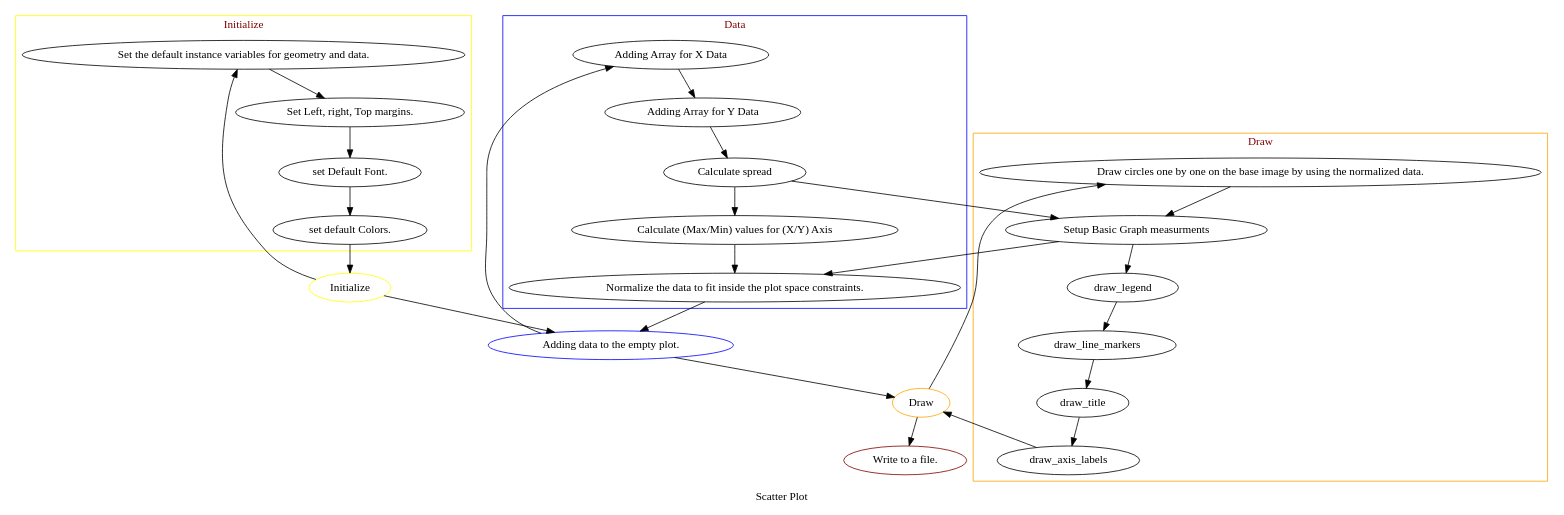
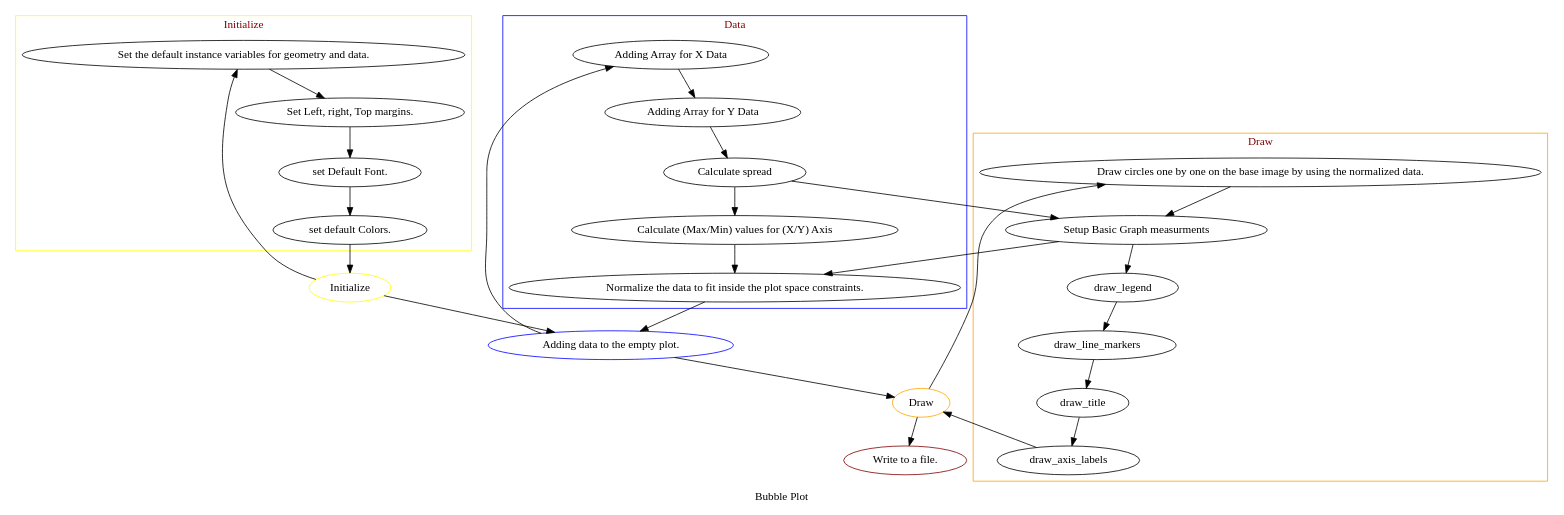
Before and after one commit to Arafatk/hagura: the diagram in images/scatter.dot, drawn with Graphviz. The commit also changed 1 other file, not shown here.

```diff
--- a/images/scatter.dot
+++ b/images/scatter.dot
@@ -1,66 +1,66 @@
 digraph G{
-  label="Scatter Plot";
+  label="Bubble Plot";
   bgcolor=white;
   0[label="Initialize"];
   0->1;
   0->8;
 
     subgraph cluster_0 {
     label="Initialize"
      fontcolor="maroon"
     color="yellow"
     1[label="Set the default instance variables for geometry and data."];
     47[label="Set Left, right, Top margins."]
     48[label="set Default Font."]
     49[label="set default Colors."];
     1->47->48->49;
 
     }
     49->0;
 
     8[label="Adding data to the empty plot."]
         subgraph cluster_1 {
 
         color="blue"
         label="Data"
          fontcolor="maroon"
   9->10->50->11;
   11->12;
   9[label="Adding Array for X Data"]
   10[label="Adding Array for Y Data"]
   50[label="Calculate spread"];
   11[label="Calculate (Max/Min) values for (X/Y) Axis "];
   12[label="Normalize the data to fit inside the plot space constraints."]
   }
   50->51->12;
   51[label="Setup Basic Graph measurments"];
   8->9;
   12 ->8;
 
 8->13;
   13[label="Draw" ]
 
       subgraph cluster_2 {
 
 label="Draw"
  fontcolor="maroon"
 color="orange"
   14[label="Draw circles one by one on the base image by using the normalized data."]
 [fillcolor = orange];
   2[label="draw_legend"];
   3[label="draw_line_markers"];
   4[label="draw_title"];
   5[label="draw_axis_labels"];
   14->51->2->3->4->5;
 
   }
   13->14;
   5->13;
   13->15;
 
   0[color=yellow];
   8[color=blue];
   13[color=orange];
   15[label="Write to a file."];
   15[color="maroon"];
 }
```
